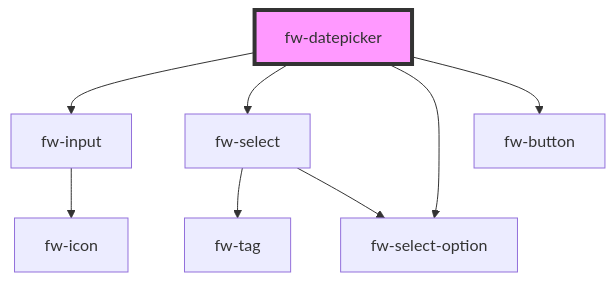
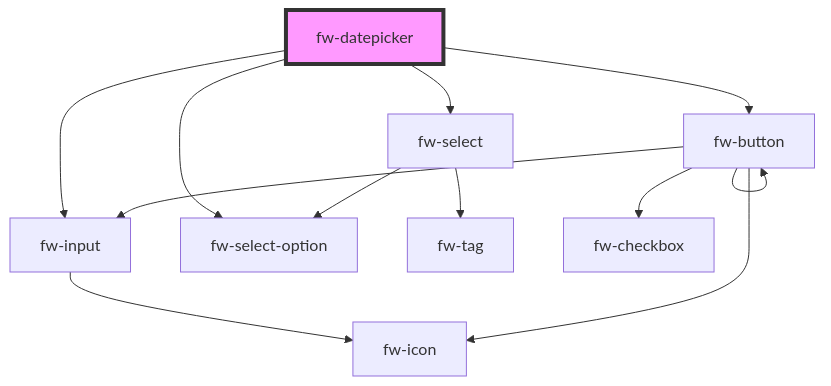
One commit to freshworks/crayons changed the diagram in src/components/datepicker/readme.md. Above: the diagram before and after it, drawn with Mermaid. The commit also changed 13 other files, not shown here.

````diff
--- a/src/components/datepicker/readme.md
+++ b/src/components/datepicker/readme.md
@@ -49,11 +49,15 @@
 ```mermaid
 graph TD;
   fw-datepicker --> fw-input
   fw-datepicker --> fw-select
   fw-datepicker --> fw-select-option
   fw-datepicker --> fw-button
   fw-input --> fw-icon
   fw-select --> fw-tag
   fw-select --> fw-select-option
+  fw-button --> fw-icon
+  fw-button --> fw-checkbox
+  fw-button --> fw-input
+  fw-button --> fw-button
   style fw-datepicker fill:#f9f,stroke:#333,stroke-width:4px
 ```
````
